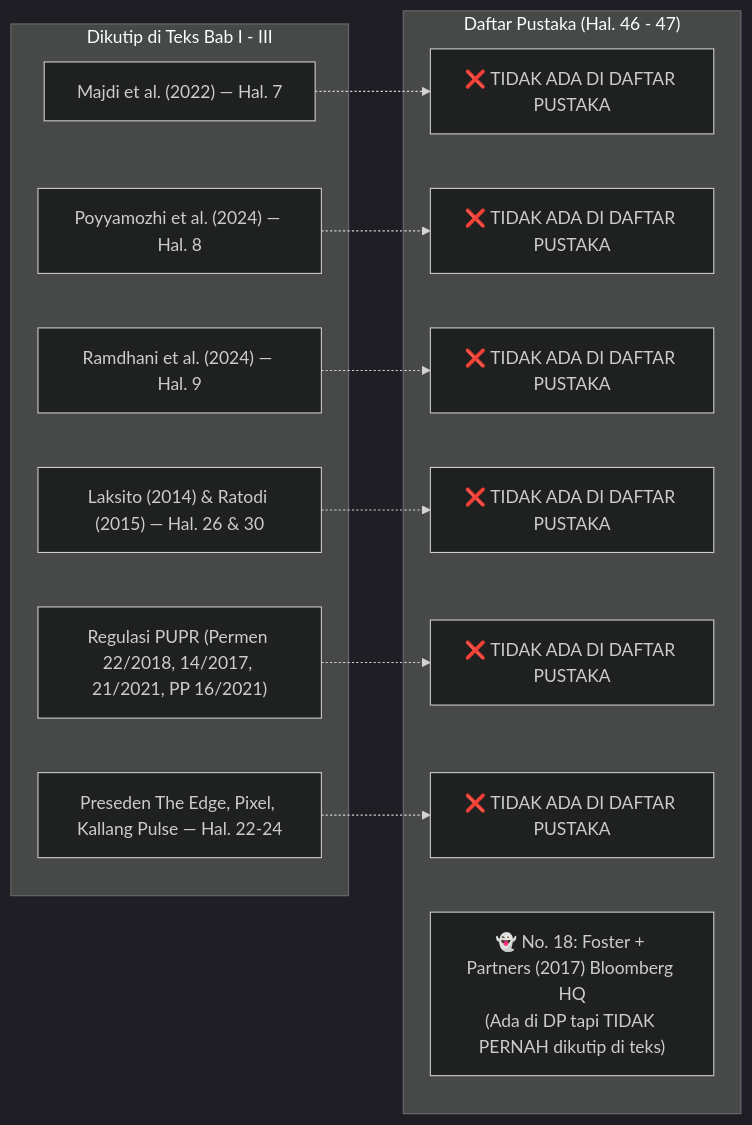
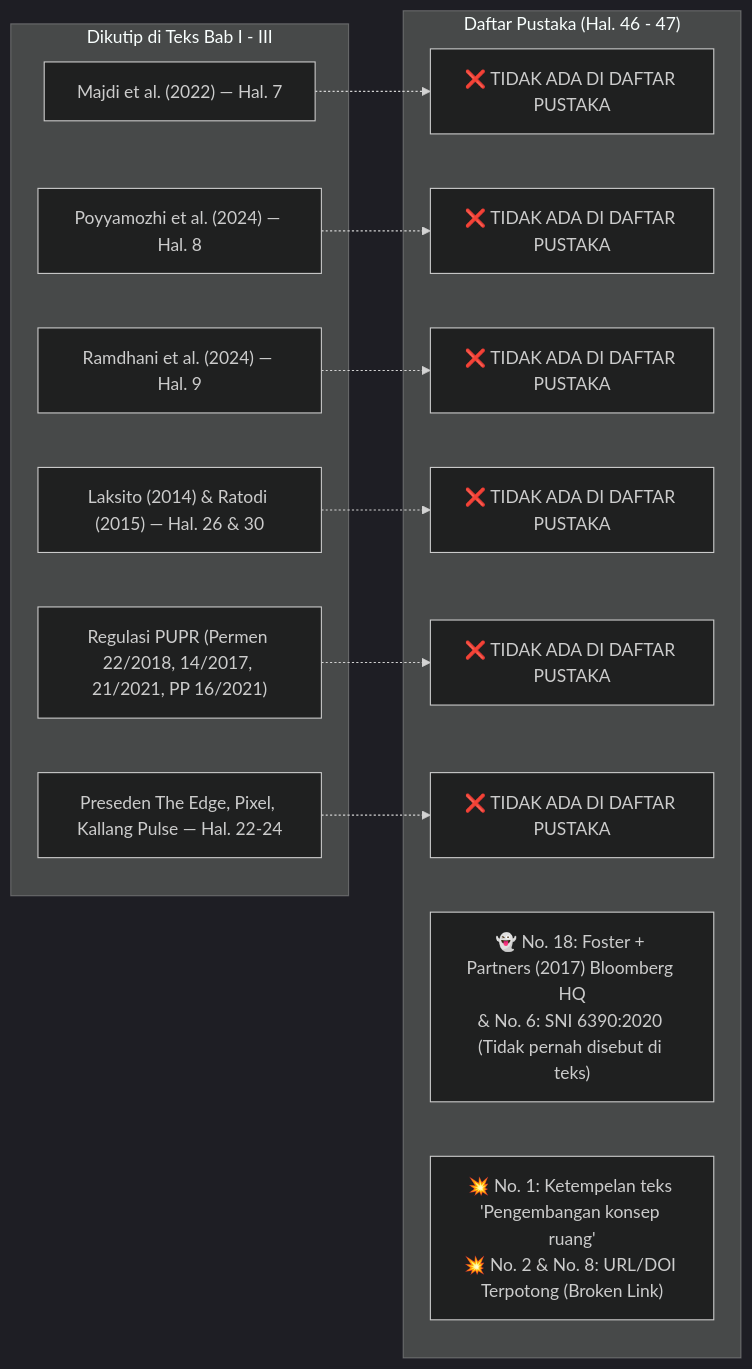
Before and after one commit to antonprafanto/thesis-consultation: the first of 2 diagrams in audit_mahasiswa/laporan_audit_seminar_arsitektur_arya_rizqi_putra_mahardika.md, drawn with Mermaid (dark theme). The commit also changed other lines of this file and 1 other file, not shown here.

Commit message:
chore(audit): enrich Arya FIX forensic audit with quantitative SNI setpoints, uncalled figures/tables, corrupted bibliography entries, and full typo table

````diff
--- a/audit_mahasiswa/laporan_audit_seminar_arsitektur_arya_rizqi_putra_mahardika.md
+++ b/audit_mahasiswa/laporan_audit_seminar_arsitektur_arya_rizqi_putra_mahardika.md
@@ -108,28 +111,29 @@
 ```mermaid
 flowchart LR
     subgraph TEKS_NASKAH["Dikutip di Teks Bab I - III"]
         A1["Majdi et al. (2022) — Hal. 7"]
         A2["Poyyamozhi et al. (2024) — Hal. 8"]
         A3["Ramdhani et al. (2024) — Hal. 9"]
         A4["Laksito (2014) & Ratodi (2015) — Hal. 26 & 30"]
         A5["Regulasi PUPR (Permen 22/2018, 14/2017, 21/2021, PP 16/2021)"]
         A6["Preseden The Edge, Pixel, Kallang Pulse — Hal. 22-24"]
     end
 
     subgraph DAFTAR_PUSTAKA["Daftar Pustaka (Hal. 46 - 47)"]
         B1["❌ TIDAK ADA DI DAFTAR PUSTAKA"]
         B2["❌ TIDAK ADA DI DAFTAR PUSTAKA"]
         B3["❌ TIDAK ADA DI DAFTAR PUSTAKA"]
         B4["❌ TIDAK ADA DI DAFTAR PUSTAKA"]
         B5["❌ TIDAK ADA DI DAFTAR PUSTAKA"]
         B6["❌ TIDAK ADA DI DAFTAR PUSTAKA"]
-        GHOST["👻 No. 18: Foster + Partners (2017) Bloomberg HQ<br/>(Ada di DP tapi TIDAK PERNAH dikutip di teks)"]
+        GHOST["👻 No. 18: Foster + Partners (2017) Bloomberg HQ<br/>& No. 6: SNI 6390:2020 (Tidak pernah disebut di teks)"]
+        CORRUPT["💥 No. 1: Ketempelan teks 'Pengembangan konsep ruang'<br/>💥 No. 2 & No. 8: URL/DOI Terpotong (Broken Link)"]
     end
 
     A1 -.-> B1
     A2 -.-> B2
     A3 -.-> B3
     A4 -.-> B4
     A5 -.-> B5
     A6 -.-> B6
 ```
````
